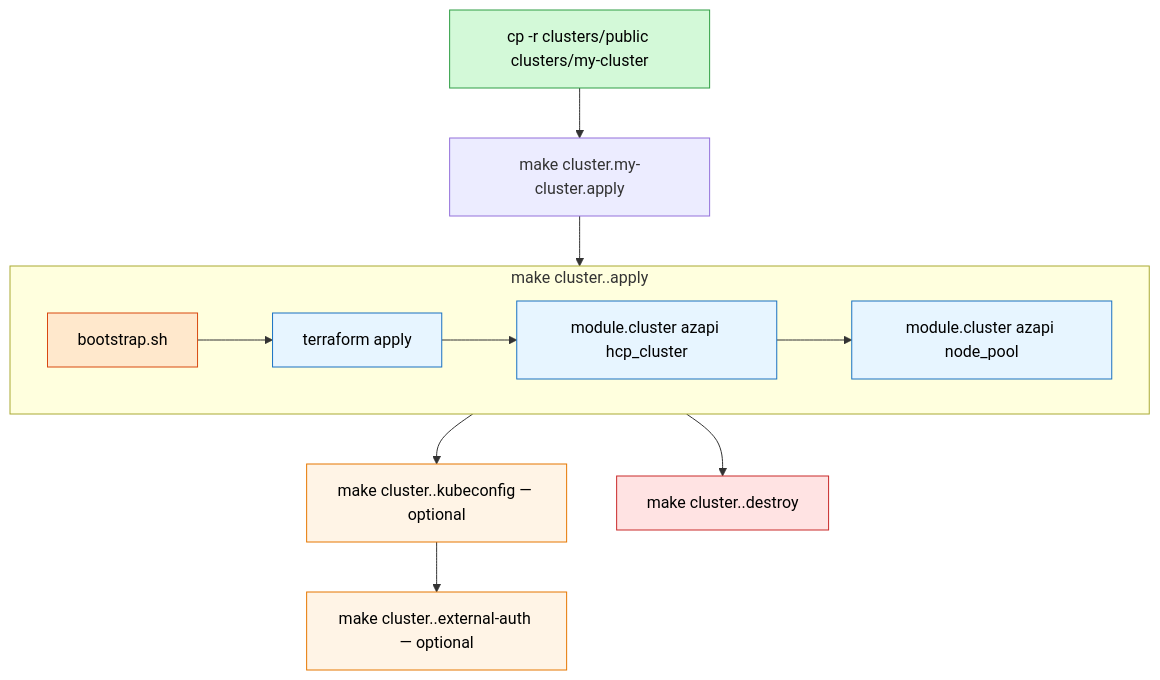
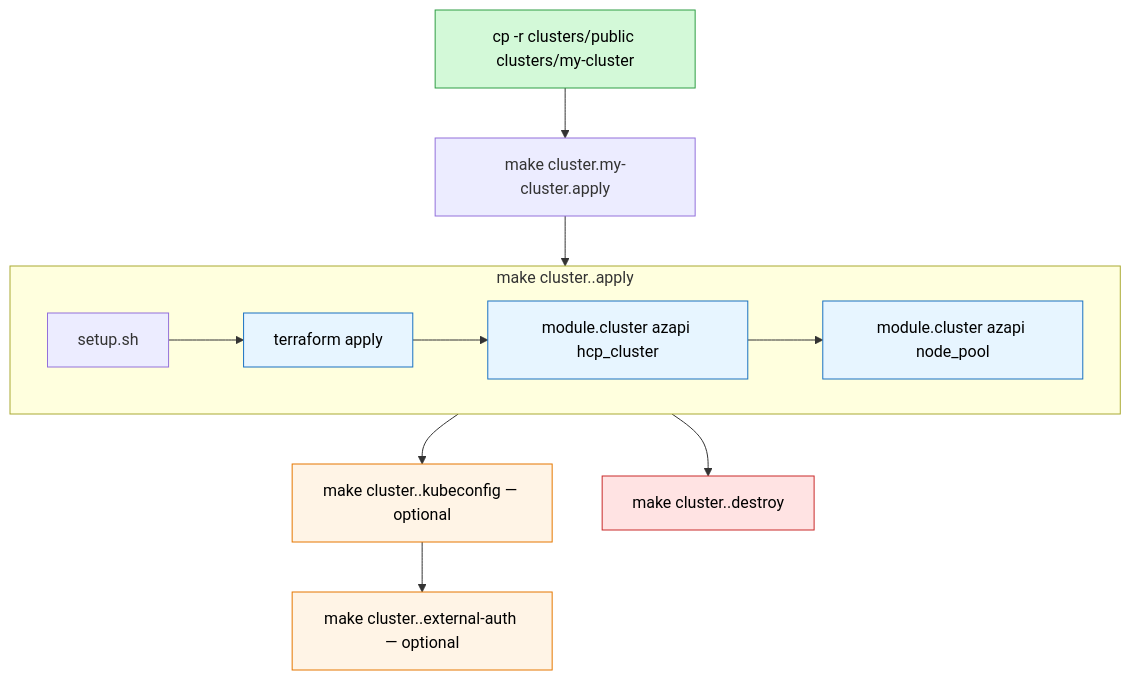
One commit to rh-mobb/aro-hcp changed the second of 12 diagrams in docs/architecture.md. Above: the diagram before and after it, drawn with Mermaid. The commit also changed other lines of this file and 9 other files, not shown here.

First line of the commit message:
chore(make): rename bootstrap to setup

````diff
--- a/docs/architecture.md
+++ b/docs/architecture.md
@@ -85,26 +85,26 @@
 ```mermaid
 flowchart TB
     start["cp -r clusters/public clusters/my-cluster"] --> all["make cluster.my-cluster.apply"]
 
     subgraph allSteps["make cluster.<name>.apply"]
-        boot["bootstrap.sh"] --> apply["terraform apply"]
+        setup["setup.sh"] --> apply["terraform apply"]
         apply --> cluster["module.cluster azapi hcp_cluster"]
         cluster --> nodepool["module.cluster azapi node_pool"]
     end
 
     all --> allSteps
     allSteps --> kube["make cluster.<name>.kubeconfig — optional"]
     kube --> auth["make cluster.<name>.external-auth — optional"]
     allSteps --> destroy["make cluster.<name>.destroy"]
 
     classDef fillStart fill:#d3f9d8,stroke:#2f9e44,color:#000
     classDef fillTf fill:#e7f5ff,stroke:#1971c2,color:#000
     classDef fillCli fill:#ffe8cc,stroke:#d9480f,color:#000
     classDef fillOpt fill:#fff4e6,stroke:#e67700,color:#000
     classDef fillDestroy fill:#ffe3e3,stroke:#c92a2a,color:#000
     class start fillStart
     class apply,cluster,nodepool fillTf
     class boot fillCli
     class kube,auth fillOpt
     class destroy fillDestroy
 ```
````
